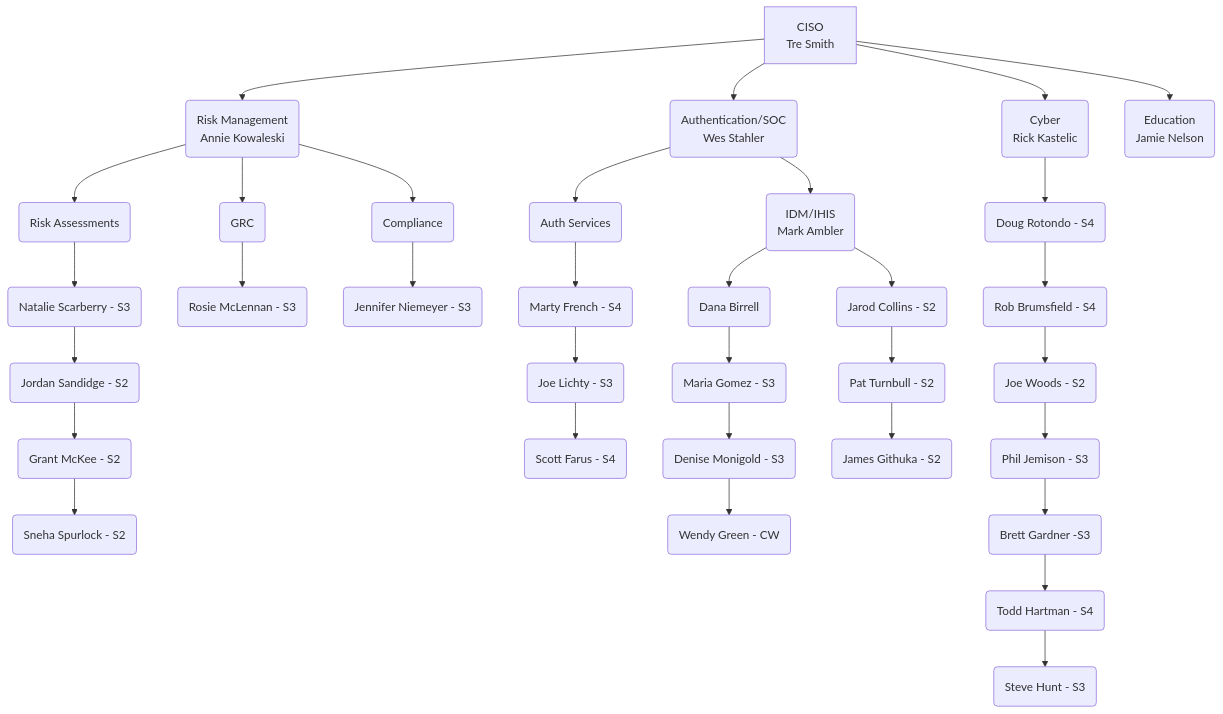
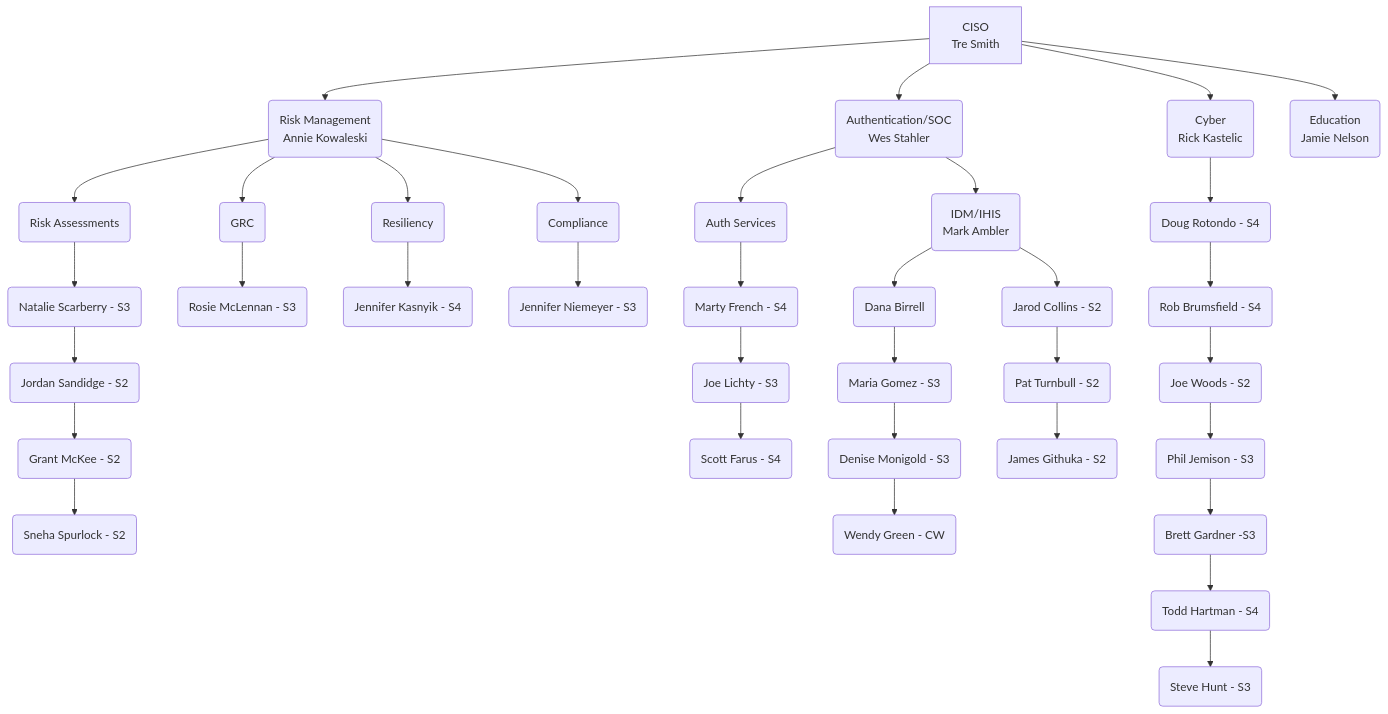
Before and after one commit to stahler/MermaidDiagrams: the diagram in CISO_Current.md, drawn with Mermaid. The commit also changed 1 other file, not shown here.

Commit message:
Updated for resiliency

````diff
--- a/CISO_Current.md
+++ b/CISO_Current.md
@@ -1,43 +1,46 @@
 ```mermaid
 flowchart TD
     A[CISO<br>Tre Smith] -->R(Risk Management<br>Annie Kowaleski)
     A -->DS(Authentication/SOC<br>Wes Stahler)
     A -->Sec(Cyber<br>Rick Kastelic)
     A --> Ed(Education<br>Jamie Nelson)
 
     %%  Risk Management Team
     R --> Risk(Risk Assessments)
     Risk --> NS(Natalie Scarberry - S3)
     NS --> JS(Jordan Sandidge - S2)
     JS --> GM(Grant McKee - S2)
     GM --> SS(Sneha Spurlock - S2)
 
     R --> GRC(GRC)
     GRC --> RM(Rosie McLennan - S3)
-    
+
+        R--> Res(Resiliency)
+    Res --> JK(Jennifer Kasnyik - S4)
+        
     R --> C(Compliance)
     C --> JN(Jennifer Niemeyer - S3)
     
     %% Identity, Etc.    
     DS --> AD(Auth Services)
     AD --> MF(Marty French - S4)
     MF --> JL(Joe Lichty - S3)
     JL --> SF(Scott Farus - S4)
     
     DS --> IAM(IDM/IHIS<br> Mark Ambler)
     IAM --> DB(Dana Birrell)
     DB -->MG(Maria Gomez - S3)
     MG -->DM(Denise Monigold - S3)
     DM -->WG(Wendy Green - CW)
     IAM -->JC(Jarod Collins - S2)
     JC -->PT(Pat Turnbull - S2)
     PT -->JG(James Githuka - S2)
     
     Sec --> DR(Doug Rotondo - S4)
     DR --> RB(Rob Brumsfield - S4)
     RB--> JW(Joe Woods - S2)
     JW --> PJ(Phil Jemison - S3)
     PJ --> BG(Brett Gardner -S3)
     BG --> TH(Todd Hartman - S4)
     TH --> SH(Steve Hunt - S3)
 ```
````
